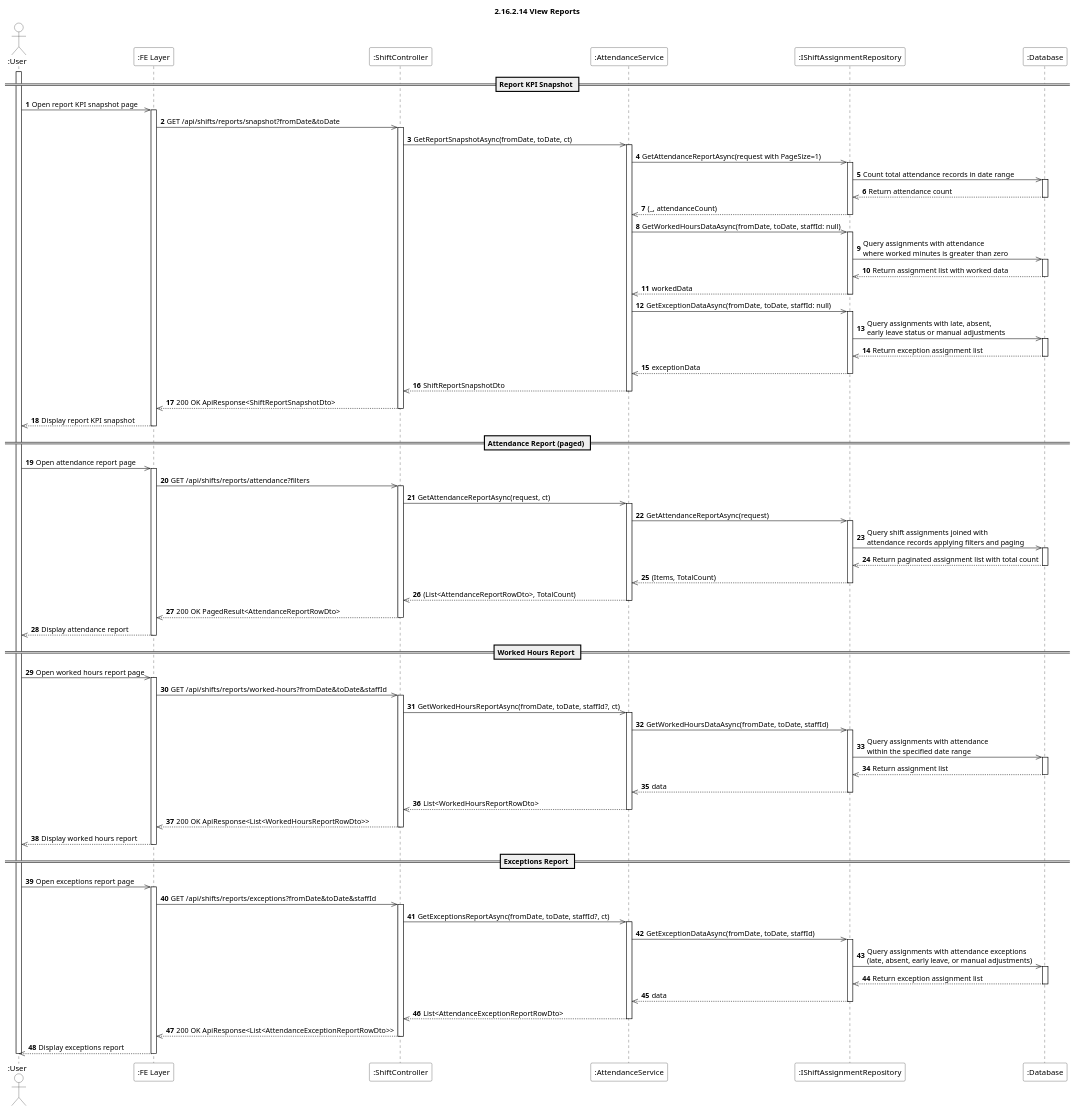
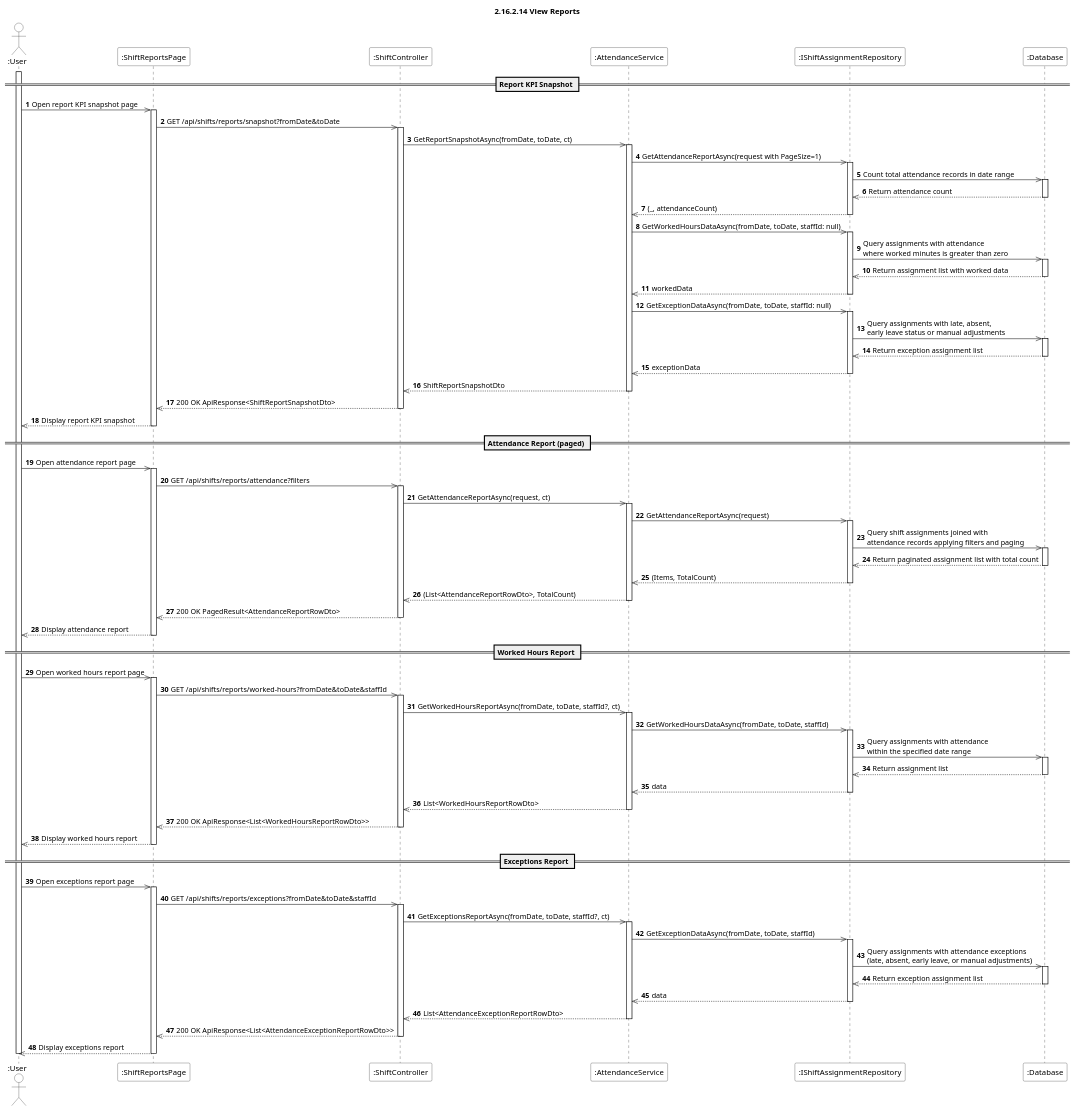
The diagram in Docs/Software Design Specification/Shift Management/sequence-diagrams/2.16.2.14-view-reports.puml (aulacvietnameseeatery-source/aulac_be), drawn with PlantUML before and after one commit. The commit also changed 27 other files, not shown here.

First line of the commit message:
Refactor sequence diagrams for Inventory and Shift Management

```diff
--- a/Docs/Software Design Specification/Shift Management/sequence-diagrams/2.16.2.14-view-reports.puml
+++ b/Docs/Software Design Specification/Shift Management/sequence-diagrams/2.16.2.14-view-reports.puml
@@ -1,136 +1,136 @@
 @startuml
 autonumber
 title 2.16.2.14 View Reports
 skinparam sequence {
     ParticipantBackgroundColor #ffffff
     ActorBackgroundColor #ffffff
 }
 
 actor ":User" as U
-participant ":FE Layer" as Client
+participant ":ShiftReportsPage" as Client
 participant ":ShiftController" as Ctrl
 participant ":AttendanceService" as AtSvc
 participant ":IShiftAssignmentRepository" as ARepo
 participant ":Database" as DB
 
 == Report KPI Snapshot ==
 
 activate U
 U ->> Client : Open report KPI snapshot page
 activate Client
 Client ->> Ctrl : GET /api/shifts/reports/snapshot?fromDate&toDate
 activate Ctrl
 Ctrl ->> AtSvc : GetReportSnapshotAsync(fromDate, toDate, ct)
 activate AtSvc
 
 AtSvc ->> ARepo : GetAttendanceReportAsync(request with PageSize=1)
 activate ARepo
 ARepo ->> DB : Count total attendance records in date range
 activate DB
 DB -->> ARepo : Return attendance count
 deactivate DB
 ARepo -->> AtSvc : (_, attendanceCount)
 deactivate ARepo
 
 AtSvc ->> ARepo : GetWorkedHoursDataAsync(fromDate, toDate, staffId: null)
 activate ARepo
 ARepo ->> DB : Query assignments with attendance\nwhere worked minutes is greater than zero
 activate DB
 DB -->> ARepo : Return assignment list with worked data
 deactivate DB
 ARepo -->> AtSvc : workedData
 deactivate ARepo
 
 AtSvc ->> ARepo : GetExceptionDataAsync(fromDate, toDate, staffId: null)
 activate ARepo
 ARepo ->> DB : Query assignments with late, absent,\nearly leave status or manual adjustments
 activate DB
 DB -->> ARepo : Return exception assignment list
 deactivate DB
 ARepo -->> AtSvc : exceptionData
 deactivate ARepo
 
 AtSvc -->> Ctrl : ShiftReportSnapshotDto
 deactivate AtSvc
 Ctrl -->> Client : 200 OK ApiResponse<ShiftReportSnapshotDto>
 deactivate Ctrl
 Client -->> U : Display report KPI snapshot
 deactivate Client
 
 == Attendance Report (paged) ==
 
 U ->> Client : Open attendance report page
 activate Client
 Client ->> Ctrl : GET /api/shifts/reports/attendance?filters
 activate Ctrl
 Ctrl ->> AtSvc : GetAttendanceReportAsync(request, ct)
 activate AtSvc
 
 AtSvc ->> ARepo : GetAttendanceReportAsync(request)
 activate ARepo
 ARepo ->> DB : Query shift assignments joined with\nattendance records applying filters and paging
 activate DB
 DB -->> ARepo : Return paginated assignment list with total count
 deactivate DB
 ARepo -->> AtSvc : (Items, TotalCount)
 deactivate ARepo
 
 AtSvc -->> Ctrl : (List<AttendanceReportRowDto>, TotalCount)
 deactivate AtSvc
 Ctrl -->> Client : 200 OK PagedResult<AttendanceReportRowDto>
 deactivate Ctrl
 Client -->> U : Display attendance report
 deactivate Client
 
 == Worked Hours Report ==
 
 U ->> Client : Open worked hours report page
 activate Client
 Client ->> Ctrl : GET /api/shifts/reports/worked-hours?fromDate&toDate&staffId
 activate Ctrl
 Ctrl ->> AtSvc : GetWorkedHoursReportAsync(fromDate, toDate, staffId?, ct)
 activate AtSvc
 
 AtSvc ->> ARepo : GetWorkedHoursDataAsync(fromDate, toDate, staffId)
 activate ARepo
 ARepo ->> DB : Query assignments with attendance\nwithin the specified date range
 activate DB
 DB -->> ARepo : Return assignment list
 deactivate DB
 ARepo -->> AtSvc : data
 deactivate ARepo
 
 AtSvc -->> Ctrl : List<WorkedHoursReportRowDto>
 deactivate AtSvc
 Ctrl -->> Client : 200 OK ApiResponse<List<WorkedHoursReportRowDto>>
 deactivate Ctrl
 Client -->> U : Display worked hours report
 deactivate Client
 
 == Exceptions Report ==
 
 U ->> Client : Open exceptions report page
 activate Client
 Client ->> Ctrl : GET /api/shifts/reports/exceptions?fromDate&toDate&staffId
 activate Ctrl
 Ctrl ->> AtSvc : GetExceptionsReportAsync(fromDate, toDate, staffId?, ct)
 activate AtSvc
 
 AtSvc ->> ARepo : GetExceptionDataAsync(fromDate, toDate, staffId)
 activate ARepo
 ARepo ->> DB : Query assignments with attendance exceptions\n(late, absent, early leave, or manual adjustments)
 activate DB
 DB -->> ARepo : Return exception assignment list
 deactivate DB
 ARepo -->> AtSvc : data
 deactivate ARepo
 
 AtSvc -->> Ctrl : List<AttendanceExceptionReportRowDto>
 deactivate AtSvc
 Ctrl -->> Client : 200 OK ApiResponse<List<AttendanceExceptionReportRowDto>>
 deactivate Ctrl
 Client -->> U : Display exceptions report
 deactivate Client
 deactivate U
 
 @enduml
```
